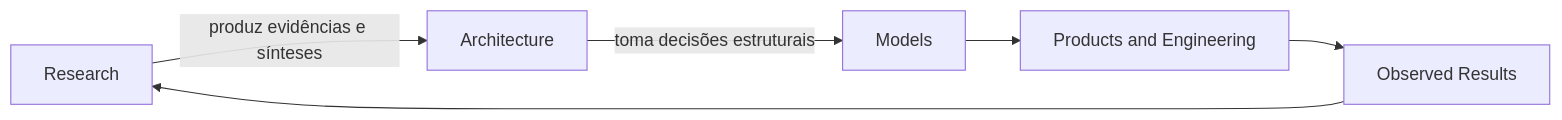
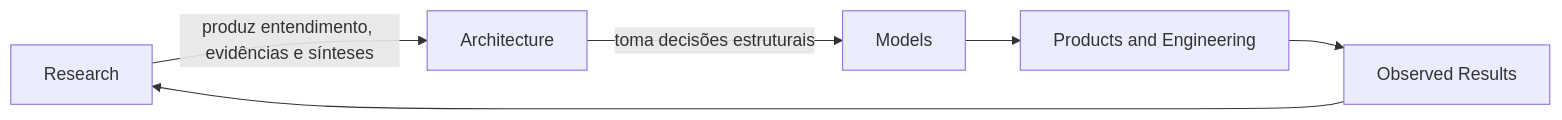
Before and after one commit to guivos-repositorio/Guivos-Knowledge-Repository: the diagram in docs/research/index.md, drawn with Mermaid. The commit also changed other lines of this file, not shown here.

Commit message:
docs(research): refine mission and research principles

````diff
--- a/docs/research/index.md
+++ b/docs/research/index.md
@@ -36,8 +60,8 @@
 ```mermaid
 graph LR
-    R[Research] -->|produz evidências e sínteses| A[Architecture]
+    R[Research] -->|produz entendimento, evidências e sínteses| A[Architecture]
     A -->|toma decisões estruturais| M[Models]
     M --> P[Products and Engineering]
     P --> O[Observed Results]
     O --> R
 ```
````
